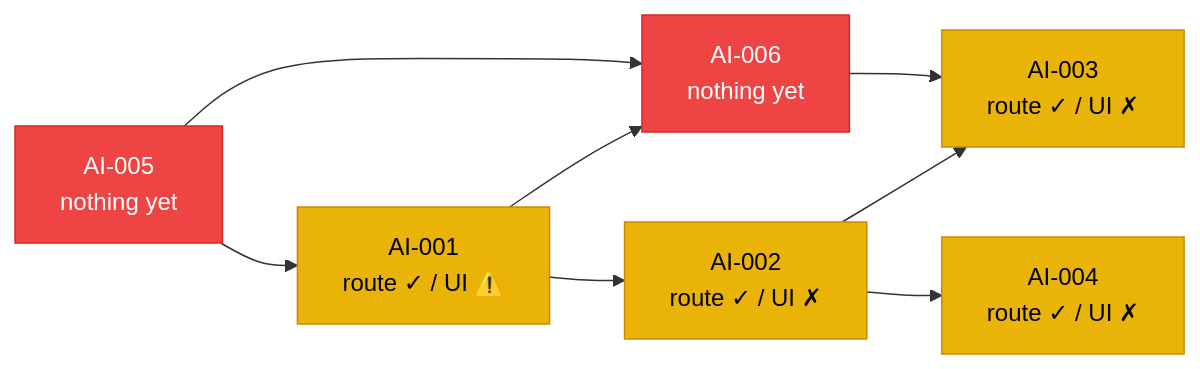
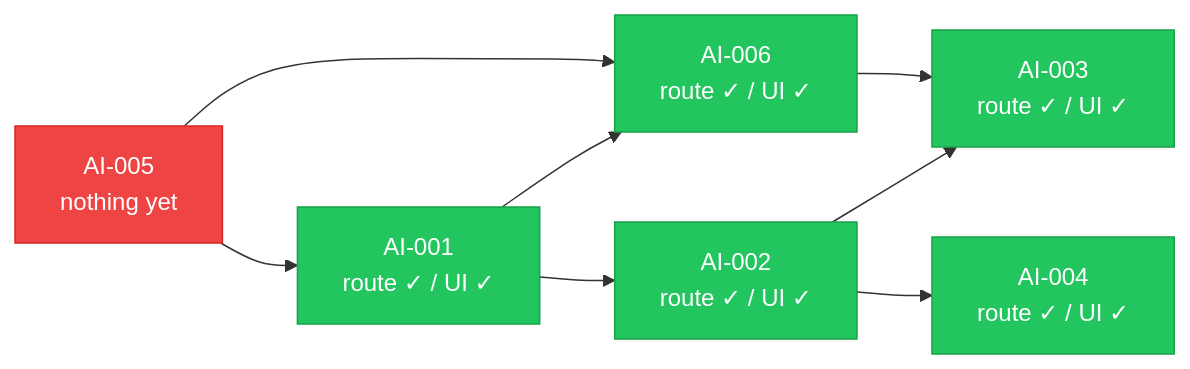
The first of 10 diagrams in docs/specifications/ai_features/ai_features_implementation_playbook.md (FixFlow-AI/FixFlow-AI-web), drawn with Mermaid before and after one commit. The commit also changed other lines of this file and 9 other files, not shown here.

Commit message:
docs: initialize AI feature specification suite, implementation playbook, and architectural roadmaps

````diff
--- a/docs/specifications/ai_features/ai_features_implementation_playbook.md
+++ b/docs/specifications/ai_features/ai_features_implementation_playbook.md
@@ -24,19 +24,19 @@
 ```mermaid
 graph LR
     classDef done fill:#22c55e,stroke:#16a34a,color:#fff
     classDef partial fill:#eab308,stroke:#ca8a04,color:#000
     classDef todo fill:#ef4444,stroke:#dc2626,color:#fff
 
-    A1["AI-001<br/>route ✓ / UI ⚠️"]:::partial
-    A2["AI-002<br/>route ✓ / UI ✗"]:::partial
-    A3["AI-003<br/>route ✓ / UI ✗"]:::partial
-    A4["AI-004<br/>route ✓ / UI ✗"]:::partial
+    A1["AI-001<br/>route ✓ / UI ✓"]:::done
+    A2["AI-002<br/>route ✓ / UI ✓"]:::done
+    A3["AI-003<br/>route ✓ / UI ✓"]:::done
+    A4["AI-004<br/>route ✓ / UI ✓"]:::done
     A5["AI-005<br/>nothing yet"]:::todo
-    A6["AI-006<br/>nothing yet"]:::todo
+    A6["AI-006<br/>route ✓ / UI ✓"]:::done
 
     A1 --> A2 --> A3
     A1 --> A6 --> A3
     A2 --> A4
     A5 --> A6
     A5 --> A1
 ```
````
